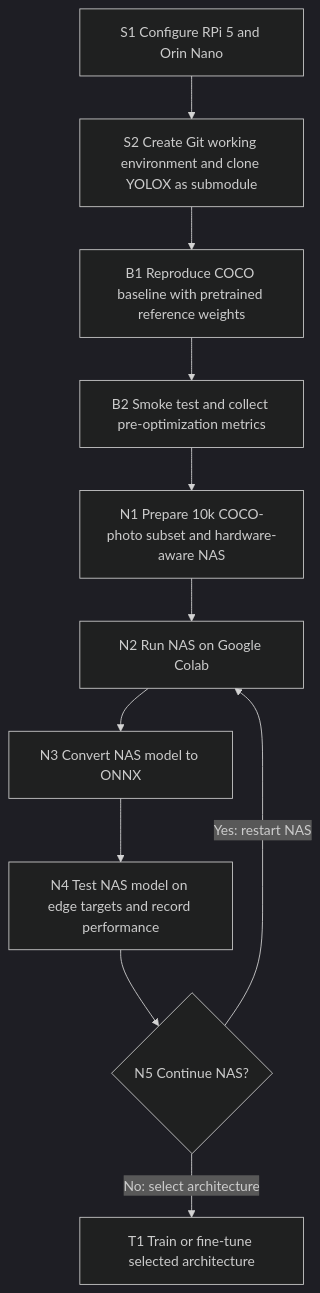
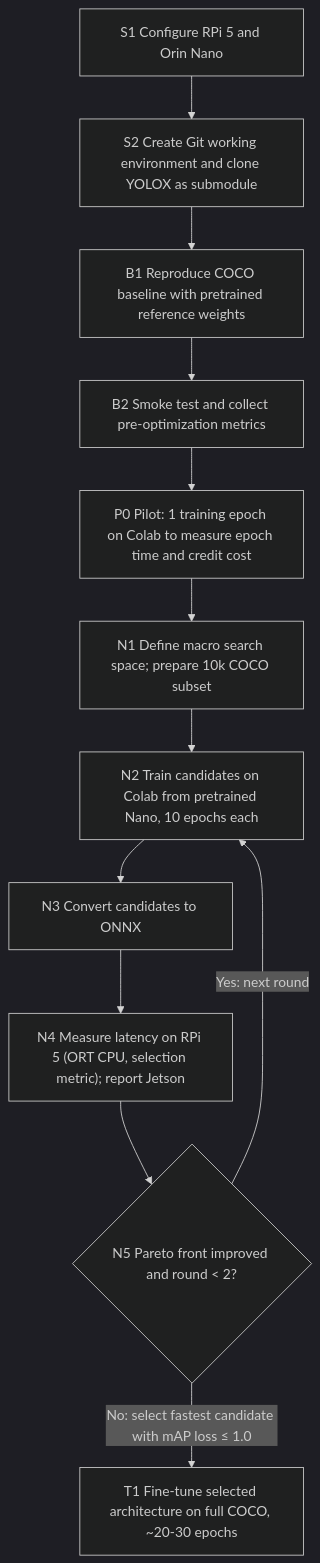
The first of 3 diagrams in project_information/Thesis_Edge_Object_Detection_Workflow.md (Bey3fendi/edge-ai-object-detection), drawn with Mermaid (dark theme) before and after one commit. The commit also changed other lines of this file and 4 other files, not shown here.

````diff
--- a/project_information/Thesis_Edge_Object_Detection_Workflow.md
+++ b/project_information/Thesis_Edge_Object_Detection_Workflow.md
@@ -28,13 +41,14 @@
 ```mermaid
 flowchart TD
     S1["S1 Configure RPi 5 and Orin Nano"] --> S2["S2 Create Git working environment and clone YOLOX as submodule"]
     S2 --> B1["B1 Reproduce COCO baseline with pretrained reference weights"]
     B1 --> B2["B2 Smoke test and collect pre-optimization metrics"]
-    B2 --> N1["N1 Prepare 10k COCO-photo subset and hardware-aware NAS"]
-    N1 --> N2["N2 Run NAS on Google Colab"]
-    N2 --> N3["N3 Convert NAS model to ONNX"]
-    N3 --> N4["N4 Test NAS model on edge targets and record performance"]
-    N4 --> N5{"N5 Continue NAS?"}
-    N5 -->|Yes: restart NAS| N2
-    N5 -->|No: select architecture| T1["T1 Train or fine-tune selected architecture"]
+    B2 --> P0["P0 Pilot: 1 training epoch on Colab to measure epoch time and credit cost"]
+    P0 --> N1["N1 Define macro search space; prepare 10k COCO subset"]
+    N1 --> N2["N2 Train candidates on Colab from pretrained Nano, 10 epochs each"]
+    N2 --> N3["N3 Convert candidates to ONNX"]
+    N3 --> N4["N4 Measure latency on RPi 5 (ORT CPU, selection metric); report Jetson"]
+    N4 --> N5{"N5 Pareto front improved and round < 2?"}
+    N5 -->|Yes: next round| N2
+    N5 -->|No: select fastest candidate with mAP loss ≤ 1.0| T1["T1 Fine-tune selected architecture on full COCO, ~20-30 epochs"]
 ```
````
